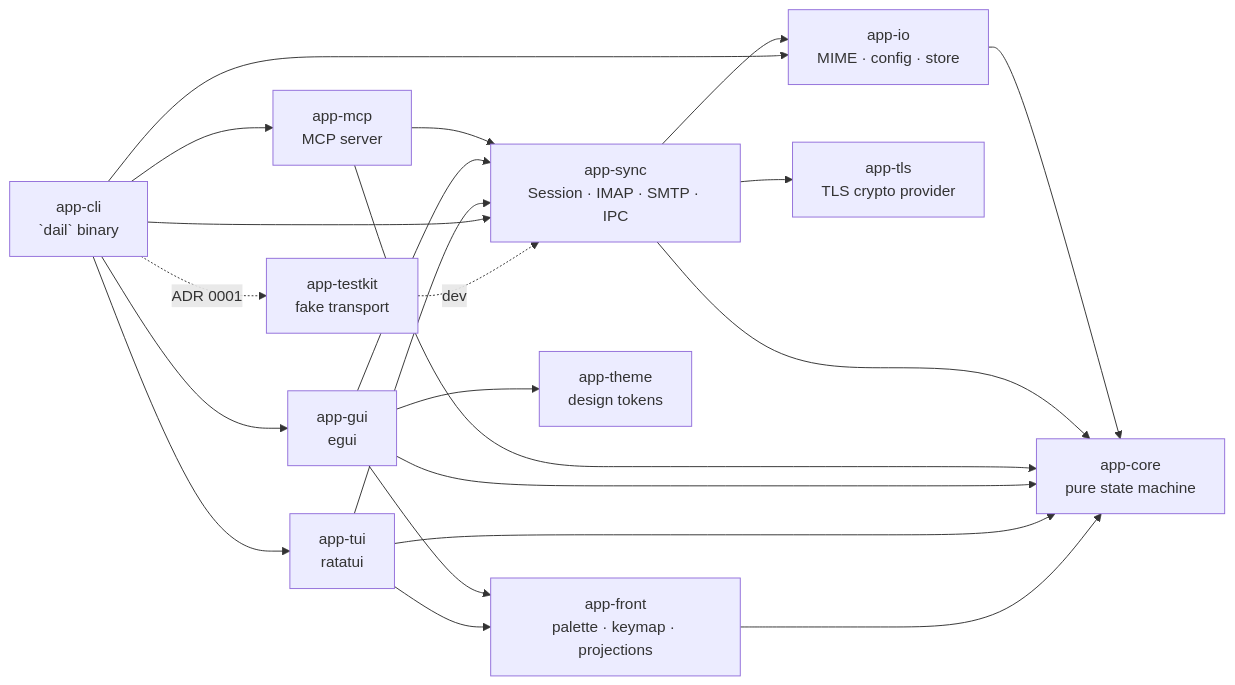
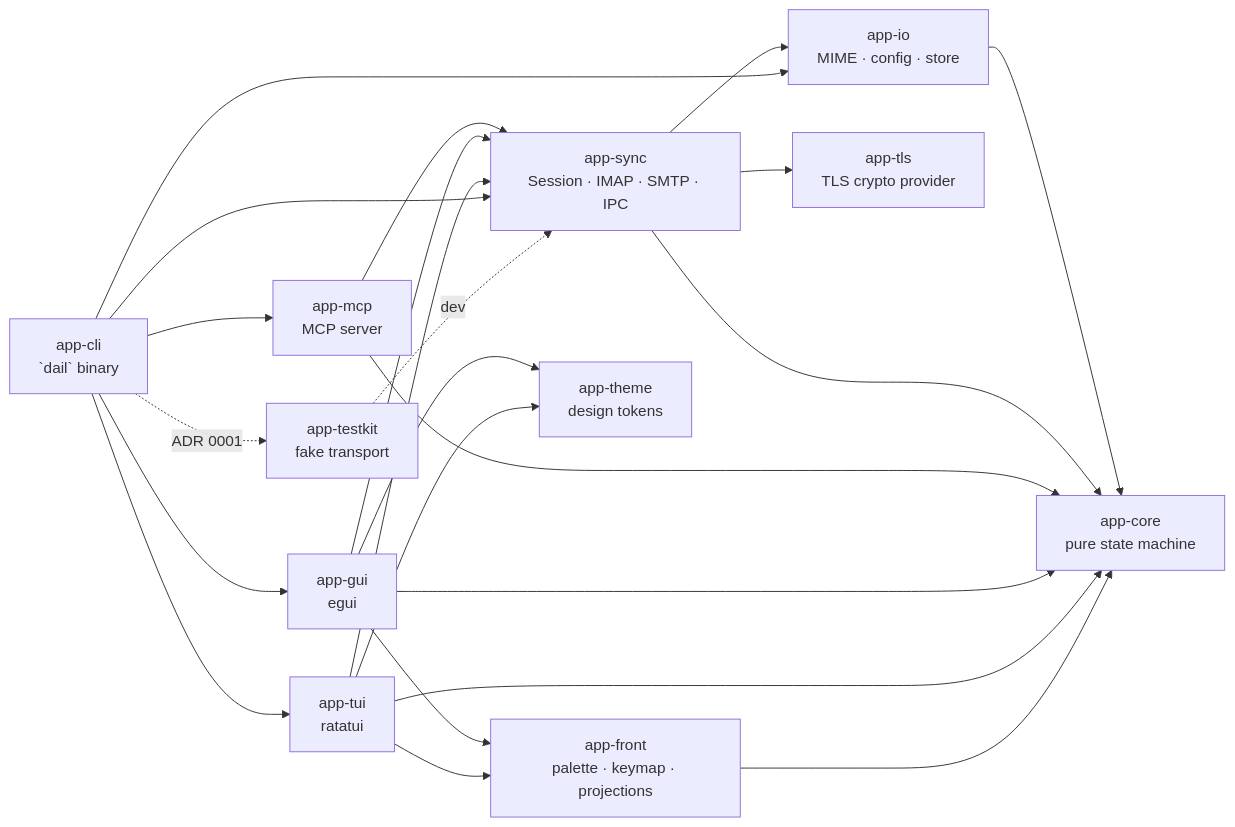
The first of 2 diagrams in ARCHITECTURE.md (dariy/dail), drawn with Mermaid before and after one commit. The commit also changed other lines of this file and 41 other files, not shown here.

Commit message:
app-tui: add opt-in colours from app-theme (UI-16)

````diff
--- a/ARCHITECTURE.md
+++ b/ARCHITECTURE.md
@@ -32,36 +32,37 @@
 ```mermaid
 graph LR
   core[app-core<br/>pure state machine]
   io[app-io<br/>MIME · config · store]
   sync[app-sync<br/>Session · IMAP · SMTP · IPC]
   mcp[app-mcp<br/>MCP server]
   gui[app-gui<br/>egui]
   front[app-front<br/>palette · keymap · projections]
   tui[app-tui<br/>ratatui]
   cli[app-cli<br/>`dail` binary]
   tk[app-testkit<br/>fake transport]
   tls[app-tls<br/>TLS crypto provider]
   theme[app-theme<br/>design tokens]
 
   io --> core
   sync --> core
   sync --> io
   sync --> tls
   mcp --> sync
   mcp --> core
   gui --> sync
   gui --> core
   gui --> front
   gui --> theme
   tui --> sync
   tui --> core
   tui --> front
+  tui --> theme
   front --> core
   cli --> mcp
   cli --> gui
   cli --> tui
   cli --> sync
   cli --> io
   cli -.ADR 0001.-> tk
   tk -.dev.-> sync
 ```
````
